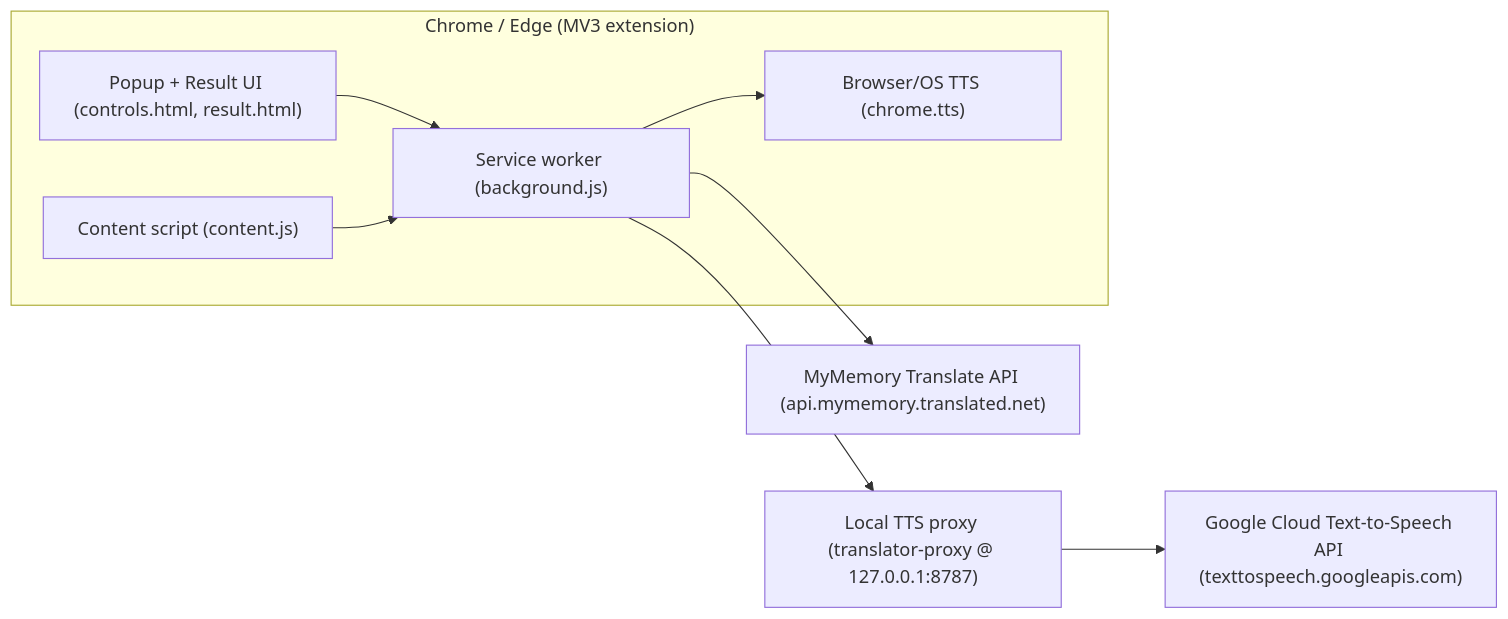
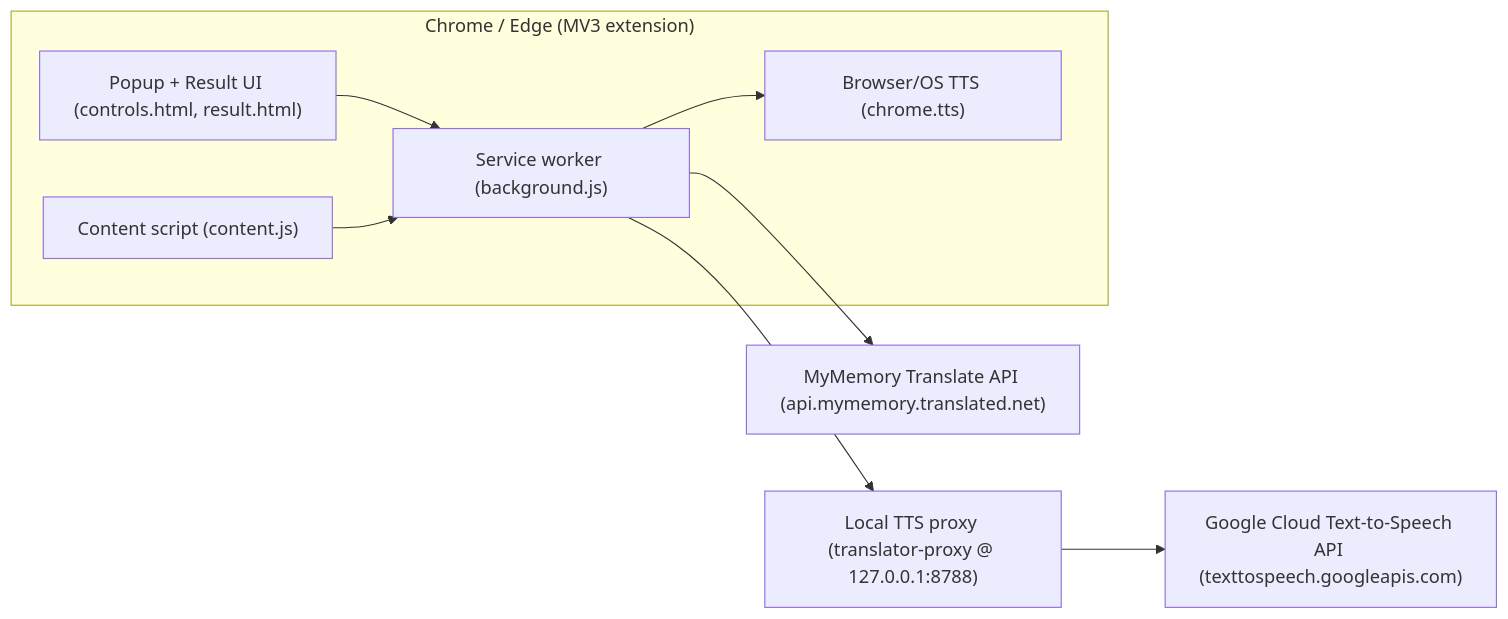
The diagram in README.md (PrimusInterParess/Translator), drawn with Mermaid before and after one commit. The commit also changed other lines of this file and 11 other files, not shown here.

````diff
--- a/README.md
+++ b/README.md
@@ -19,20 +19,20 @@
 ```mermaid
 flowchart LR
   subgraph Browser["Chrome / Edge (MV3 extension)"]
     UI["Popup + Result UI (controls.html, result.html)"]
     CS["Content script (content.js)"]
     BG["Service worker (background.js)"]
     TTS["Browser/OS TTS (chrome.tts)"]
   end
 
   MyMemory["MyMemory Translate API (api.mymemory.translated.net)"]
-  Proxy["Local TTS proxy (translator-proxy @ 127.0.0.1:8787)"]
+  Proxy["Local TTS proxy (translator-proxy @ 127.0.0.1:8788)"]
   Google["Google Cloud Text-to-Speech API (texttospeech.googleapis.com)"]
 
   UI --> BG
   CS --> BG
   BG --> MyMemory
   BG --> TTS
   BG --> Proxy
   Proxy --> Google
 ```
````
